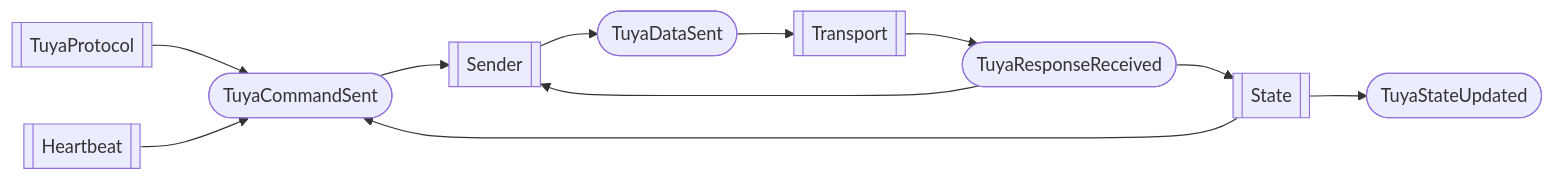
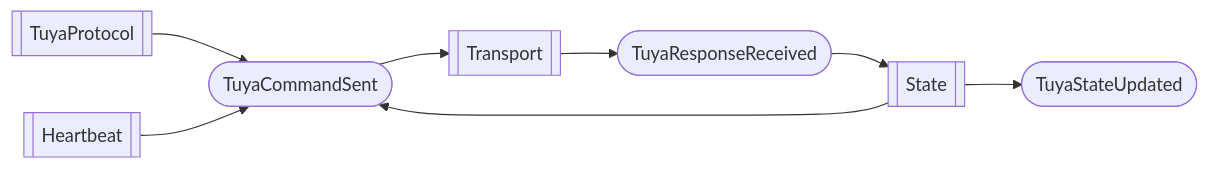
One commit to gpajot/local-tuya changed the diagram in local_tuya/tuya/README.md. Above: the diagram before and after it, drawn with Mermaid. The commit also changed 12 other files, not shown here.

````diff
--- a/local_tuya/tuya/README.md
+++ b/local_tuya/tuya/README.md
@@ -14,22 +14,17 @@
 ```mermaid
 flowchart LR
     P[[TuyaProtocol]]
     ST[[State]]
     H[[Heartbeat]]
     cs([TuyaCommandSent])
     P --> cs
     ST --> cs
     H --> cs
-    cs --> S
-    S[[Sender]]
-    ds([TuyaDataSent])
-    S --> ds
-    ds --> T
+    cs --> T
     T[[Transport]]
     rr([TuyaResponseReceived])
     T --> rr
     rr --> ST
-    rr --> S
     su([TuyaStateUpdated])
     ST --> su
 ```
````
